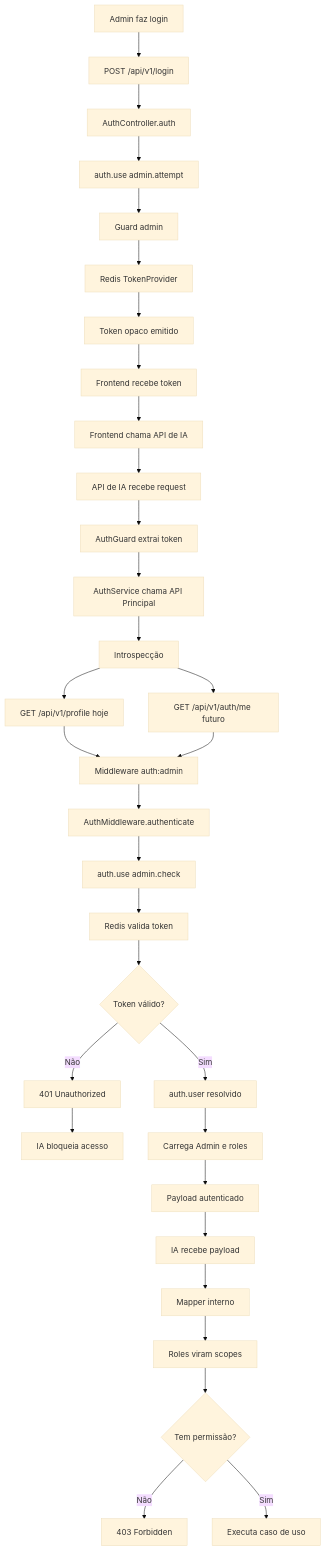
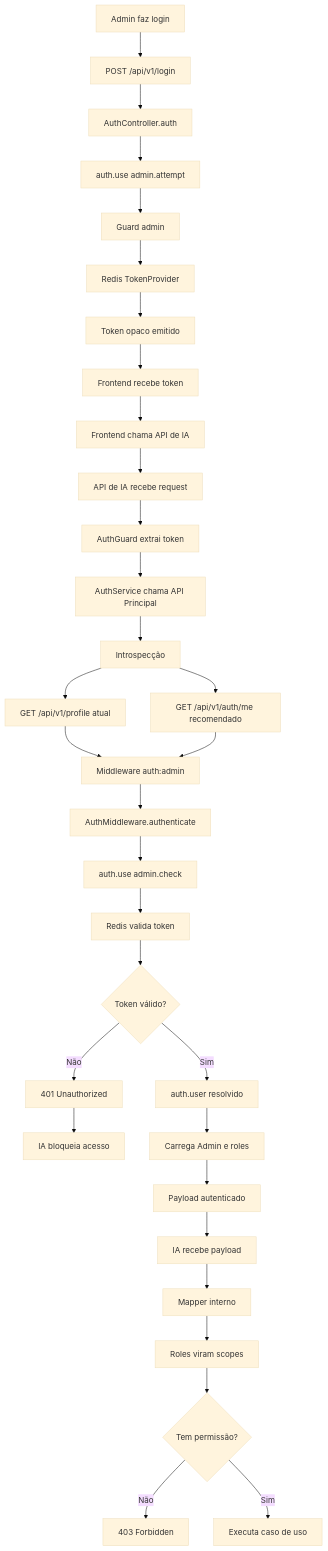
Before and after one commit to matheusdiamantino-betalent/IA: the third of 8 diagrams in RFC-0001-Auth.md, drawn with Mermaid (base theme). The commit also changed other lines of this file, not shown here.

````diff
--- a/RFC-0001-Auth.md
+++ b/RFC-0001-Auth.md
@@ -198,40 +315,40 @@
 ```mermaid
 flowchart TD
     A[Admin faz login] --> B[POST /api/v1/login]
     B --> C[AuthController.auth]
     C --> D[auth.use admin.attempt]
     D --> E[Guard admin]
     E --> F[Redis TokenProvider]
     F --> G[Token opaco emitido]
     G --> H[Frontend recebe token]
 
     H --> I[Frontend chama API de IA]
     I --> J[API de IA recebe request]
     J --> K[AuthGuard extrai token]
     K --> L[AuthService chama API Principal]
 
     L --> M[Introspecção]
-    M --> M1[GET /api/v1/profile hoje]
-    M --> M2[GET /api/v1/auth/me futuro]
+    M --> M1[GET /api/v1/profile atual]
+    M --> M2[GET /api/v1/auth/me recomendado]
     M1 --> N[Middleware auth:admin]
     M2 --> N
     N --> O[AuthMiddleware.authenticate]
     O --> P[auth.use admin.check]
     P --> Q[Redis valida token]
 
     Q --> R{Token válido?}
     R -- Não --> S[401 Unauthorized]
     S --> T[IA bloqueia acesso]
 
     R -- Sim --> U[auth.user resolvido]
     U --> V[Carrega Admin e roles]
     V --> W[Payload autenticado]
 
     W --> X[IA recebe payload]
     X --> Y[Mapper interno]
     Y --> Z[Roles viram scopes]
 
     Z --> AA{Tem permissão?}
     AA -- Não --> AB[403 Forbidden]
     AA -- Sim --> AC[Executa caso de uso]
 ```
````
